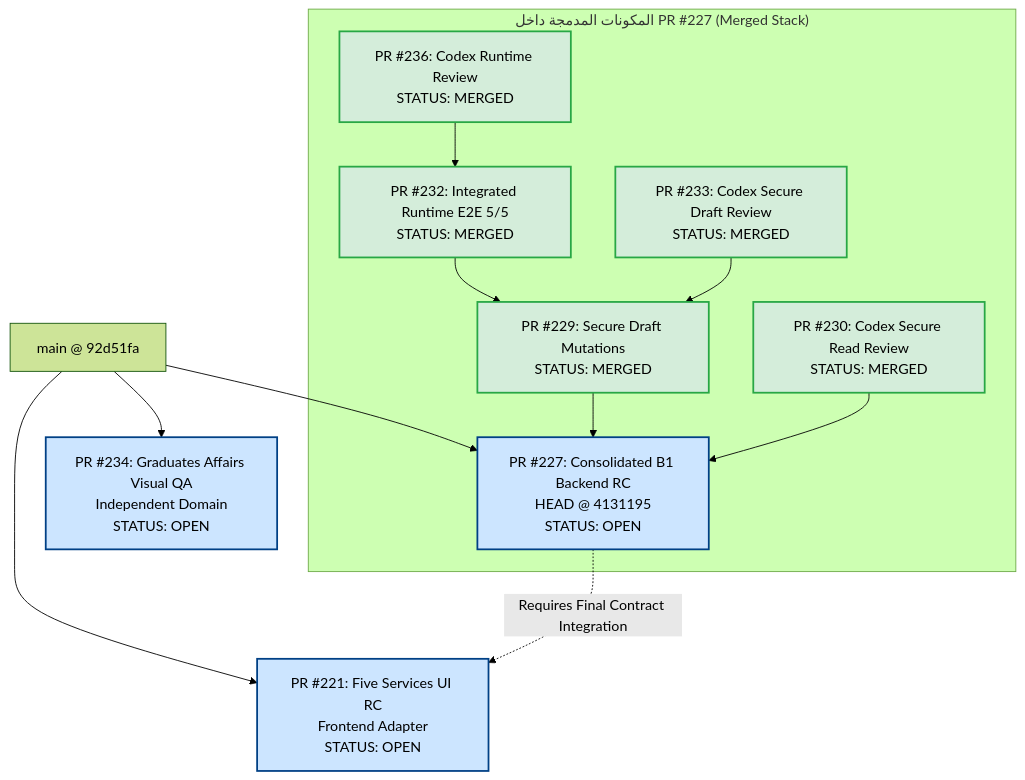
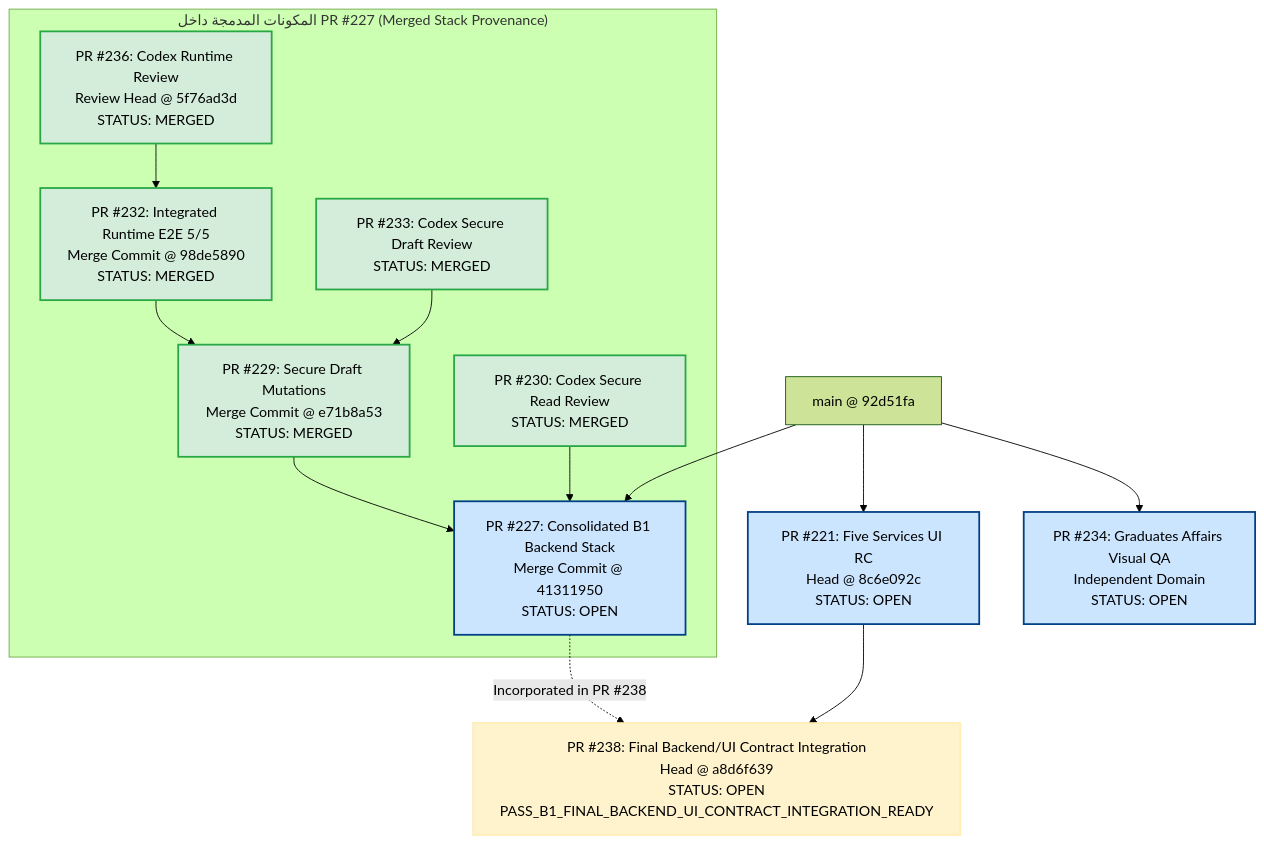
Before and after one commit to msorori-mh/saba-uni-portal: the diagram in docs/PORTAL-B1-STACKED-PRS-DEPENDENCY-AND-RELEASE-INTEGRATION-AUDIT-01-REPORT.md, drawn with Mermaid (forest theme). The commit also changed other lines of this file, not shown here.

Commit message:
docs(b1): correct live merge provenance and UI integration

````diff
--- a/docs/PORTAL-B1-STACKED-PRS-DEPENDENCY-AND-RELEASE-INTEGRATION-AUDIT-01-REPORT.md
+++ b/docs/PORTAL-B1-STACKED-PRS-DEPENDENCY-AND-RELEASE-INTEGRATION-AUDIT-01-REPORT.md
@@ -64,22 +72,26 @@
 ```mermaid
 graph TD
-    M[main @ 92d51fa] --> PR227[PR #227: Consolidated B1 Backend RC<br/>HEAD @ 4131195<br/>STATUS: OPEN]
+    M[main @ 92d51fa] --> PR227[PR #227: Consolidated B1 Backend Stack<br/>Merge Commit @ 41311950<br/>STATUS: OPEN]
 
-    subgraph Merged_Backend_Stack ["المكونات المدمجة داخل PR #227 (Merged Stack)"]
-        PR229[PR #229: Secure Draft Mutations<br/>STATUS: MERGED] --> PR227
-        PR232[PR #232: Integrated Runtime E2E 5/5<br/>STATUS: MERGED] --> PR229
-        PR236[PR #236: Codex Runtime Review<br/>STATUS: MERGED] --> PR232
+    subgraph Merged_Backend_Stack ["المكونات المدمجة داخل PR #227 (Merged Stack Provenance)"]
+        PR229[PR #229: Secure Draft Mutations<br/>Merge Commit @ e71b8a53<br/>STATUS: MERGED] --> PR227
+        PR232[PR #232: Integrated Runtime E2E 5/5<br/>Merge Commit @ 98de5890<br/>STATUS: MERGED] --> PR229
+        PR236[PR #236: Codex Runtime Review<br/>Review Head @ 5f76ad3d<br/>STATUS: MERGED] --> PR232
         PR230[PR #230: Codex Secure Read Review<br/>STATUS: MERGED] --> PR227
         PR233[PR #233: Codex Secure Draft Review<br/>STATUS: MERGED] --> PR229
     end
 
-    M --> PR221[PR #221: Five Services UI RC<br/>Frontend Adapter<br/>STATUS: OPEN]
-    PR227 -.->|Requires Final Contract Integration| PR221
+    M --> PR221[PR #221: Five Services UI RC<br/>Head @ 8c6e092c<br/>STATUS: OPEN]
+    PR221 --> PR238[PR #238: Final Backend/UI Contract Integration<br/>Head @ a8d6f639<br/>STATUS: OPEN<br/>PASS_B1_FINAL_BACKEND_UI_CONTRACT_INTEGRATION_READY]
+    PR227 -.->|Incorporated in PR #238| PR238
+
     M --> PR234[PR #234: Graduates Affairs Visual QA<br/>Independent Domain<br/>STATUS: OPEN]
 
     classDef merged fill:#d4edda,stroke:#28a745,stroke-width:2px;
     classDef open fill:#cce5ff,stroke:#004085,stroke-width:2px;
+    classDef ready fill:#fff3cd,stroke:#ffebaacc,stroke-width:2px;
 
     class PR227,PR221,PR234 open;
+    class PR238 ready;
     class PR229,PR232,PR236,PR230,PR233 merged;
 ```
````
